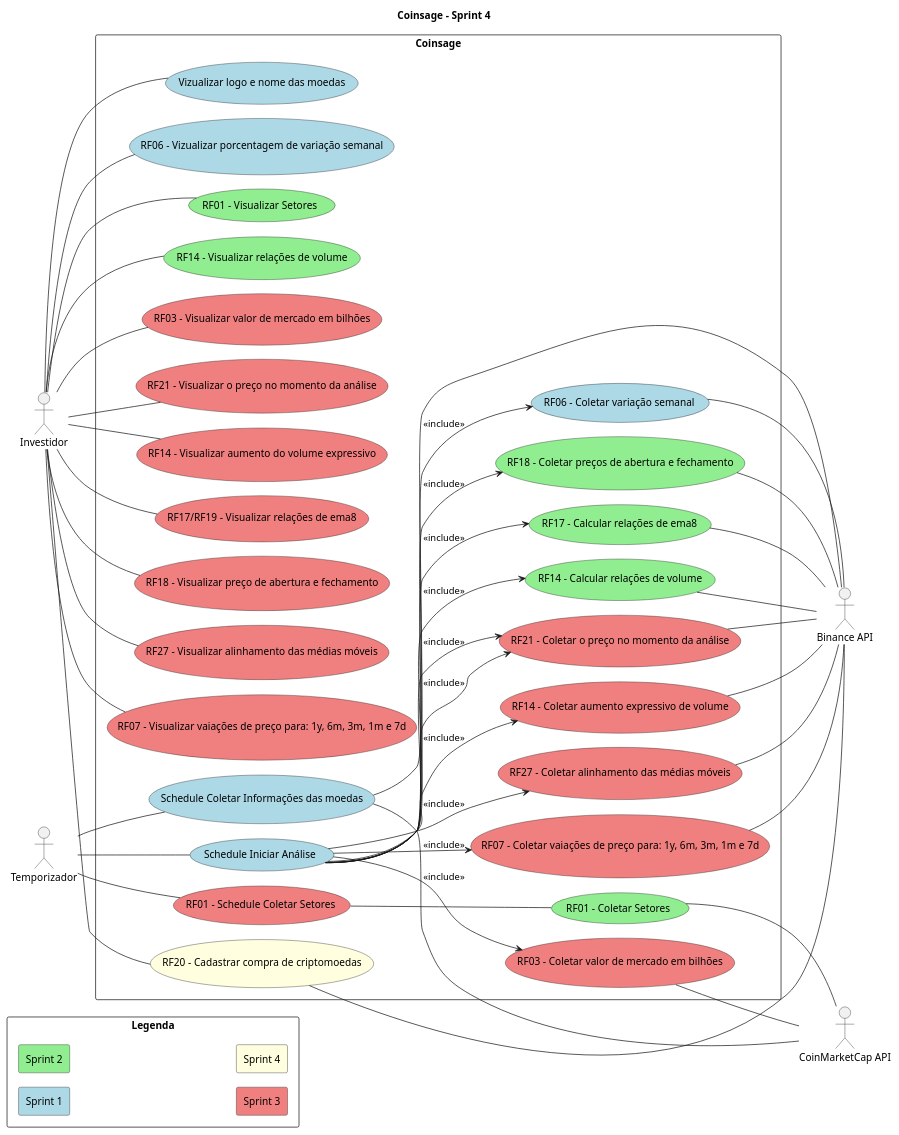
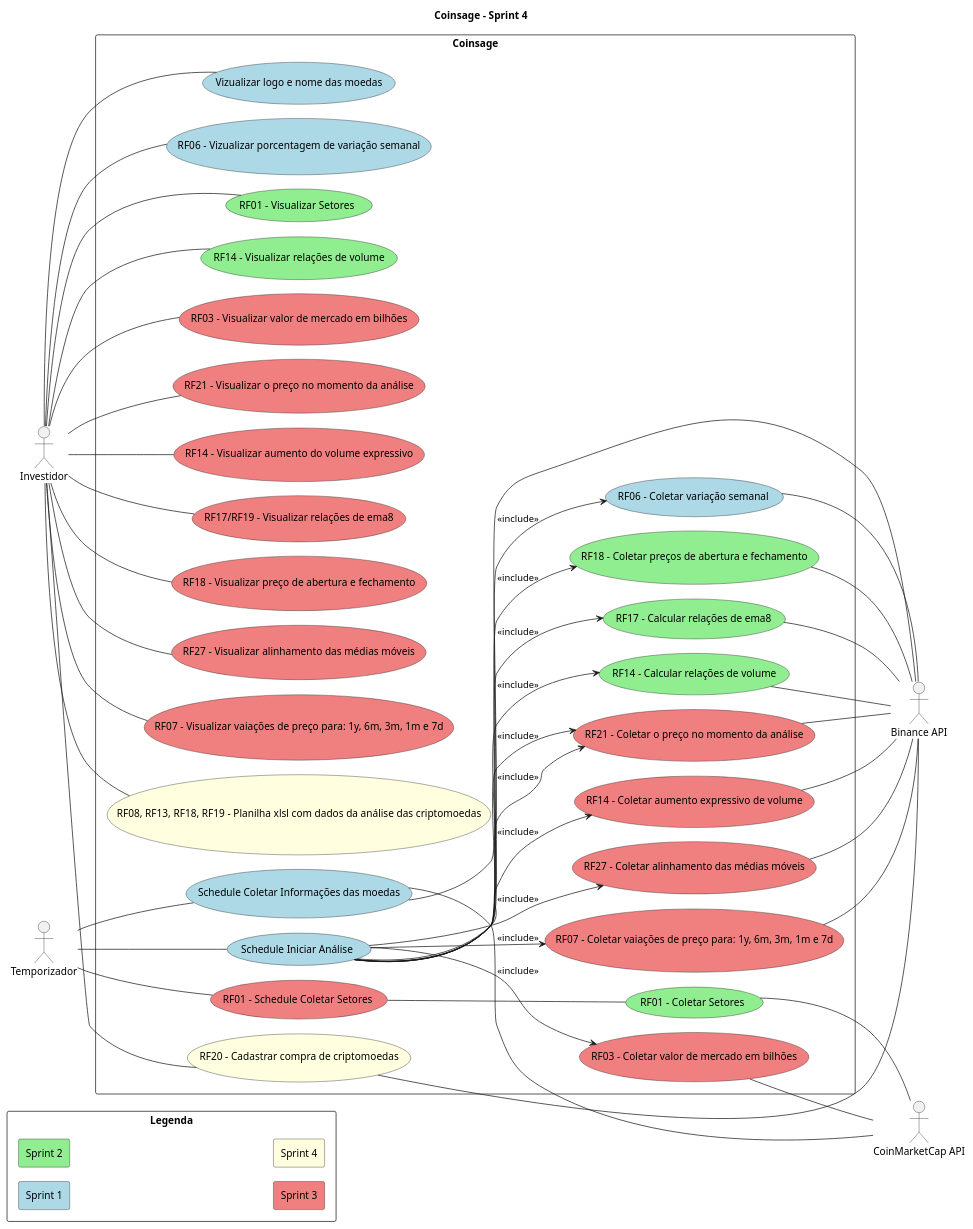
Before and after one commit to ICEI-PUC-Minas-PPLES-TI/plf-es-2024-1-ti3-8981100-coinsage: the diagram in Artefatos/diagramas/casos_de_uso/use_cases.plantuml, drawn with PlantUML. The commit also changed 2 other files, not shown here.

Commit message:
atualizando diagramas

```diff
--- a/Artefatos/diagramas/casos_de_uso/use_cases.plantuml
+++ b/Artefatos/diagramas/casos_de_uso/use_cases.plantuml
@@ -1,115 +1,118 @@
 @startuml
 title Coinsage - Sprint 4
 
 left to right direction
 actor "Investidor" as investor
 actor "Temporizador" as schedule
 actor "Binance API" as binance
 actor "CoinMarketCap API" as cmc
 
 rectangle "Legenda"{
     skinparam minClassWidth 10
     skinparam nodesep 1
     skinparam ranksep 1
 
     rectangle "Sprint 1" #LightBlue
     rectangle "Sprint 2" #LightGreen
     rectangle "Sprint 3" #LightCoral
     rectangle "Sprint 4" #LightYellow
     ' rectangle "Sprint 5" #LightPink
 }
 
 rectangle "Coinsage"{
     skinparam nodesep 20
 
     ' Schedules use cases
     ' Sp1
     usecase "Schedule Coletar Informações das moedas" as sch_cripto_info #LightBlue
     usecase "Schedule Iniciar Análise" as sch_analysis #LightBlue
     ' Sp3
     usecase "RF01 - Schedule Coletar Setores" as sch_sectors #LightCoral /' Should be sprint 2 but not ended '/
 
     ' Analyse use cases
     ' Sp1
     usecase "RF06 - Coletar variação semanal" as collect_cripto_week_incresse #LightBlue
     ' Sp2
     usecase "RF01 - Coletar Setores" as collect_sectors #LightGreen
     usecase "RF18 - Coletar preços de abertura e fechamento" as collect_cripto_open_close #LightGreen
     usecase "RF17 - Calcular relações de ema8" as collect_ema8_relations #LightGreen
     usecase "RF14 - Calcular relações de volume" as collect_volume_relations #LightGreen
     ' Sp3
     usecase "RF03 - Coletar valor de mercado em bilhões" as collect_market_cap #LightCoral /' Should be sprint 2 but not ended '/
     usecase "RF21 - Coletar o preço no momento da análise" as collect_cripto_current_price #LightCoral /' Should be sprint 2 but not ended '/
     usecase "RF14 - Coletar aumento expressivo de volume" as collect_expressive_volume_date #LightCoral /' Should be sprint 2 but not ended '/
     usecase "RF27 - Coletar alinhamento das médias móveis" as collect_emas_aligned #LightCoral
     usecase "RF07 - Coletar vaiações de preço para: 1y, 6m, 3m, 1m e 7d" as collect_cripto_price_variations #LightCoral
 
     ' Report use cases
     ' Sp1
     usecase "Vizualizar logo e nome das moedas" as view_cripto_info #LightBlue
     usecase "RF06 - Vizualizar porcentagem de variação semanal" as view_cripto_week_incresse #LightBlue
     ' Sp2
     usecase "RF01 - Visualizar Setores" as view_sectors #LightGreen
     usecase "RF14 - Visualizar relações de volume" as view_volume_relations #LightGreen
     ' Sp3
     usecase "RF03 - Visualizar valor de mercado em bilhões" as view_market_cap #LightCoral /' Should be sprint 2 but not ended '/
     usecase "RF21 - Visualizar o preço no momento da análise" as view_cripto_current_price #LightCoral /' Should be sprint 2 but not ended '/
     usecase "RF14 - Visualizar aumento do volume expressivo" as view_expressive_volume_increase #LightCoral /' Should be sprint 2 but not ended '/
     usecase "RF17/RF19 - Visualizar relações de ema8" as view_ema8_relations #LightCoral /' Should be sprint 2 but not ended '/
     usecase "RF18 - Visualizar preço de abertura e fechamento" as view_cripto_open_close #LightCoral /' Should be sprint 2 but not ended '/
     usecase "RF27 - Visualizar alinhamento das médias móveis" as view_emas_aligned #LightCoral
     usecase "RF07 - Visualizar vaiações de preço para: 1y, 6m, 3m, 1m e 7d" as view_cripto_price_variations #LightCoral
 
     ' Wallet usecases
     ' Sp4
     usecase "RF20 - Cadastrar compra de criptomoedas" as register_cripto #LightYellow
+    usecase "RF08, RF13, RF18, RF19 - Planilha xlsl com dados da análise das criptomoedas" as view_xlsl #LightYellow
 }
 
 ' Schedules use cases
 schedule -- sch_analysis
 schedule -- sch_cripto_info
 schedule -- sch_sectors
 
 ' APIS use cases
 register_cripto -- binance
 sch_cripto_info -- binance
 sch_cripto_info -- cmc
 collect_cripto_week_incresse -- binance
 collect_cripto_current_price -- binance
 collect_cripto_open_close -- binance
 collect_ema8_relations -- binance
 collect_volume_relations -- binance
 collect_expressive_volume_date -- binance
 collect_market_cap -- cmc
 collect_emas_aligned -- binance
 collect_cripto_price_variations -- binance
 sch_sectors -- collect_sectors
 collect_sectors -- cmc
 
 ' Investor use cases
 investor -- view_sectors
 investor -- view_cripto_info
 investor -- view_cripto_week_incresse
 investor -- view_cripto_current_price
 investor -- view_cripto_open_close
 investor -- view_ema8_relations
 investor -- view_volume_relations
 investor -- view_expressive_volume_increase
 investor -- view_market_cap
 investor -- view_emas_aligned
 investor -- view_cripto_price_variations
+investor -- view_xlsl
 investor -- register_cripto
+
 
 ' Use cases relations
 sch_analysis --> collect_cripto_week_incresse  : <<include>>
 sch_analysis --> collect_cripto_current_price  : <<include>>
 sch_analysis --> collect_cripto_open_close  : <<include>>
 sch_analysis --> collect_ema8_relations  : <<include>>
 sch_analysis --> collect_volume_relations  : <<include>>
 sch_analysis --> collect_expressive_volume_date : <<include>>
 sch_analysis --> collect_market_cap : <<include>>
 sch_analysis --> collect_cripto_current_price : <<include>>
 sch_analysis --> collect_emas_aligned : <<include>>
 sch_analysis --> collect_cripto_price_variations : <<include>>
 
 @enduml
```
